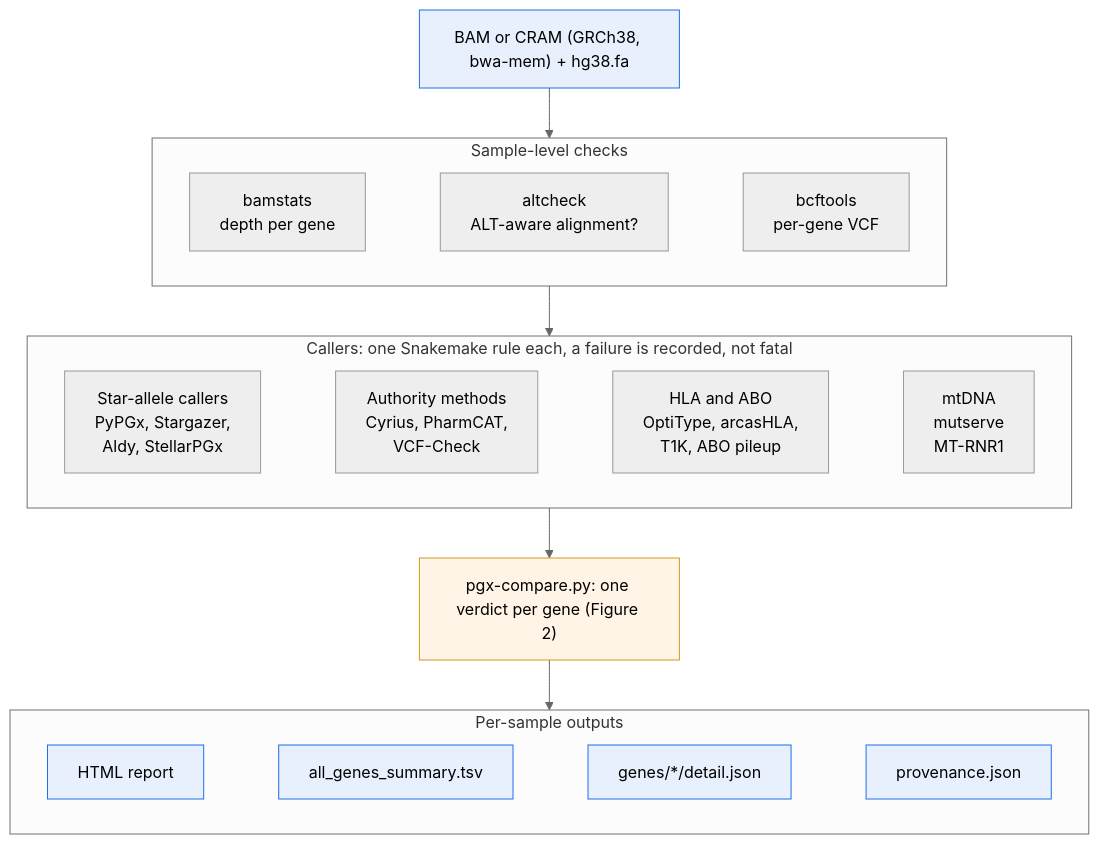
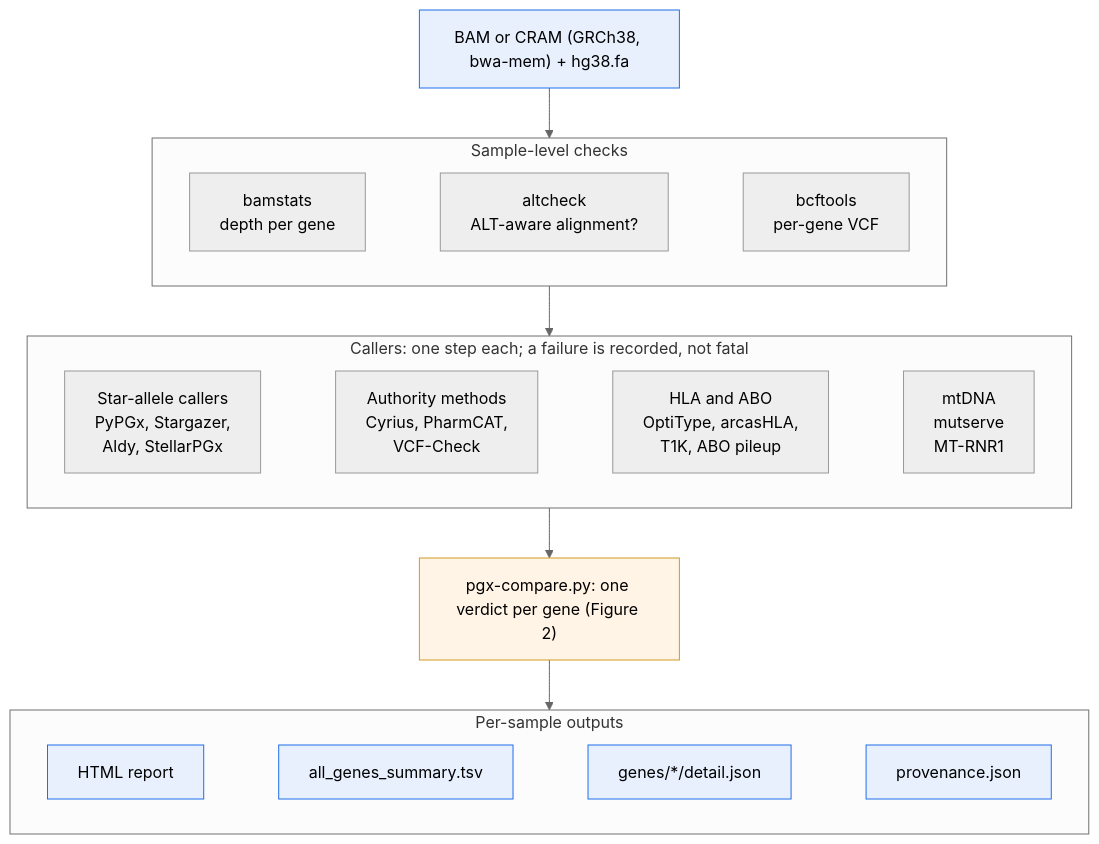
The diagram in docs/img/fig1_pipeline.mmd (alvin8-git/pgx-suite), drawn with Mermaid (neutral theme) before and after one commit. The commit also changed 2 other files, not shown here.

```diff
--- a/docs/img/fig1_pipeline.mmd
+++ b/docs/img/fig1_pipeline.mmd
@@ -1,20 +1,20 @@
 flowchart TB
   IN["BAM or CRAM (GRCh38, bwa-mem) + hg38.fa"]
   subgraph PRE["Sample-level checks"]
     direction LR
     QC["bamstats<br/>depth per gene"] ~~~ ALT["altcheck<br/>ALT-aware alignment?"] ~~~ VCF["bcftools<br/>per-gene VCF"]
   end
-  subgraph CALL["Callers: one Snakemake rule each, a failure is recorded, not fatal"]
+  subgraph CALL["Callers: one step each; a failure is recorded, not fatal"]
     direction LR
     STAR["Star-allele callers<br/>PyPGx, Stargazer,<br/>Aldy, StellarPGx"] ~~~ AUTH["Authority methods<br/>Cyrius, PharmCAT,<br/>VCF-Check"] ~~~ HLA["HLA and ABO<br/>OptiType, arcasHLA,<br/>T1K, ABO pileup"] ~~~ MT["mtDNA<br/>mutserve<br/>MT-RNR1"]
   end
   CMP["pgx-compare.py: one verdict per gene (Figure 2)"]
   subgraph OUTS["Per-sample outputs"]
     direction LR
     REP["HTML report"] ~~~ SUM["all_genes_summary.tsv"] ~~~ DET["genes/*/detail.json"] ~~~ PROV["provenance.json"]
   end
   IN --> PRE --> CALL --> CMP --> OUTS
   classDef io fill:#e8f0fe,stroke:#1f6feb;
   classDef core fill:#fff4e5,stroke:#d29922;
   class IN,REP,SUM,DET,PROV io;
   class CMP core;
```
